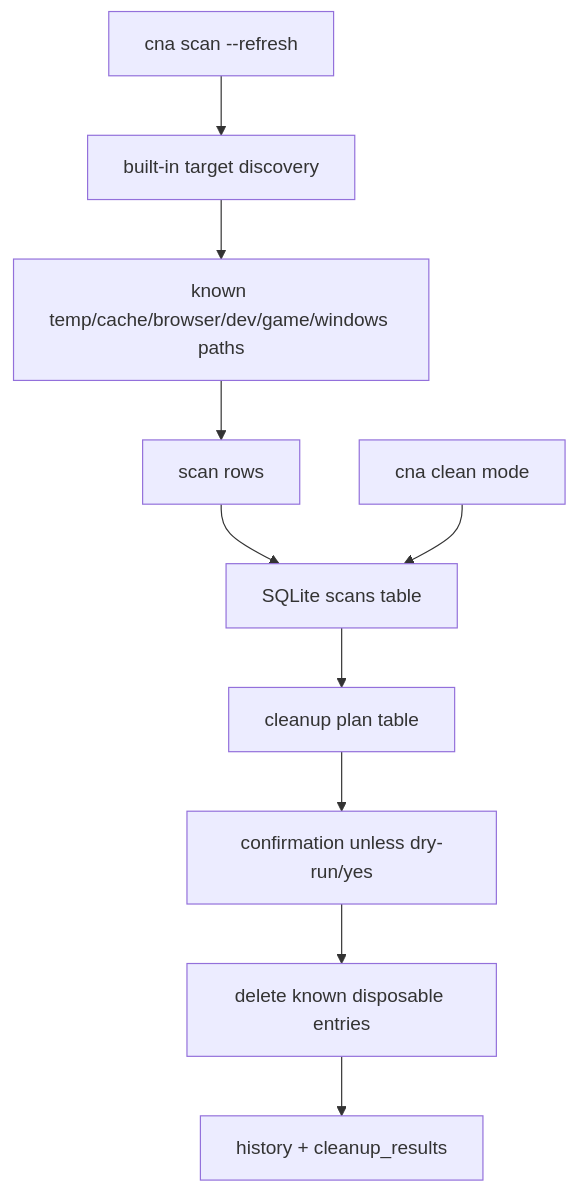
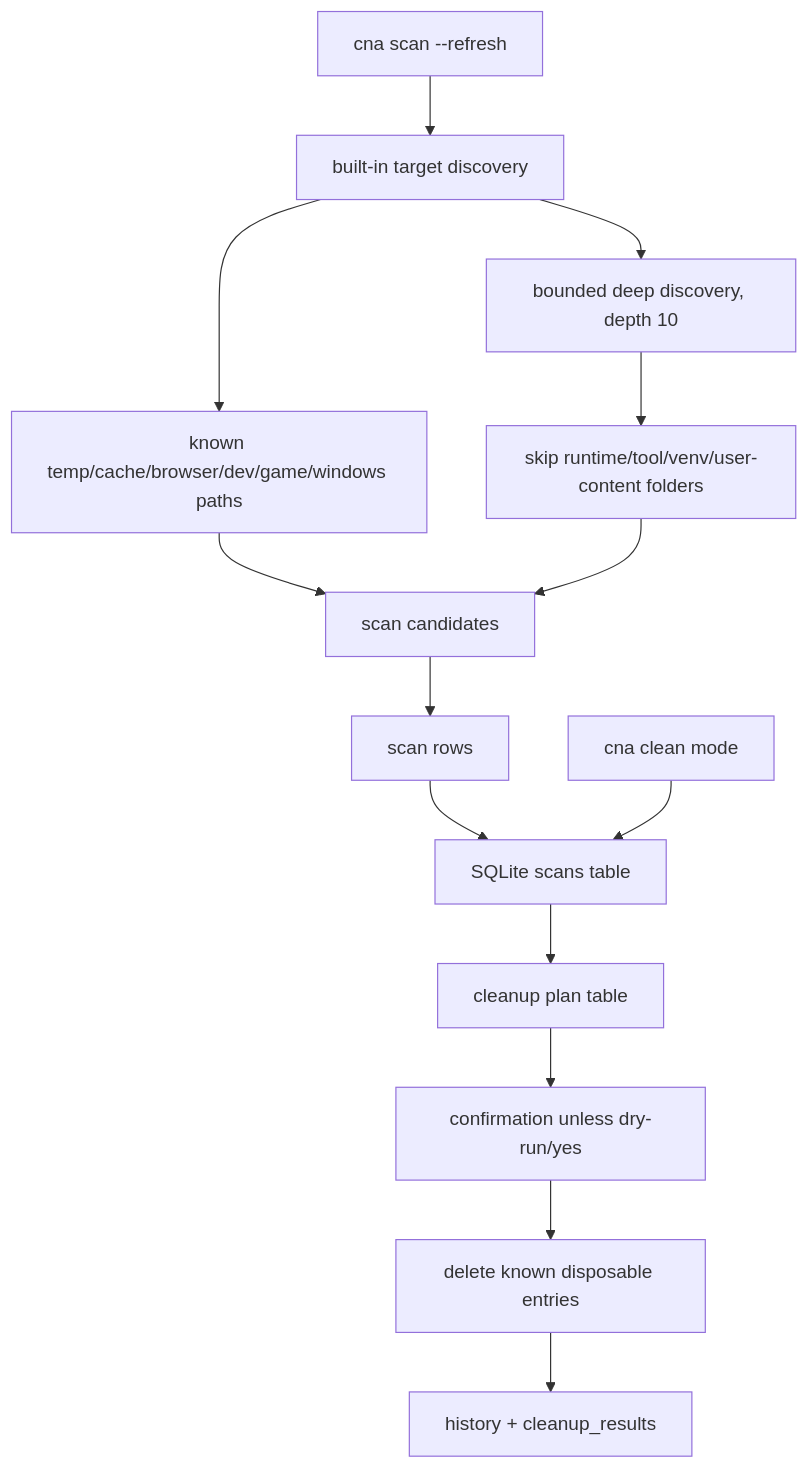
The fourth of 7 diagrams in ARCHITECTURE.md (snehil-pandey/clean-n-adapt), drawn with Mermaid before and after one commit. The commit also changed other lines of this file and 2 other files, not shown here.

````diff
--- a/ARCHITECTURE.md
+++ b/ARCHITECTURE.md
@@ -53,12 +61,16 @@
 ```mermaid
 flowchart TD
     ScanCmd["cna scan --refresh"] --> Targets["built-in target discovery"]
-    Targets --> FS["known temp/cache/browser/dev/game/windows paths"]
+    Targets --> Known["known temp/cache/browser/dev/game/windows paths"]
+    Targets --> Deep["bounded deep discovery, depth 10"]
+    Deep --> Skip["skip runtime/tool/venv/user-content folders"]
+    Known --> FS["scan candidates"]
+    Skip --> FS
     FS --> ScanRows["scan rows"]
     ScanRows --> DB["SQLite scans table"]
     CleanCmd["cna clean mode"] --> DB
     DB --> Plan["cleanup plan table"]
     Plan --> Confirm["confirmation unless dry-run/yes"]
     Confirm --> Delete["delete known disposable entries"]
     Delete --> History["history + cleanup_results"]
 ```
````
